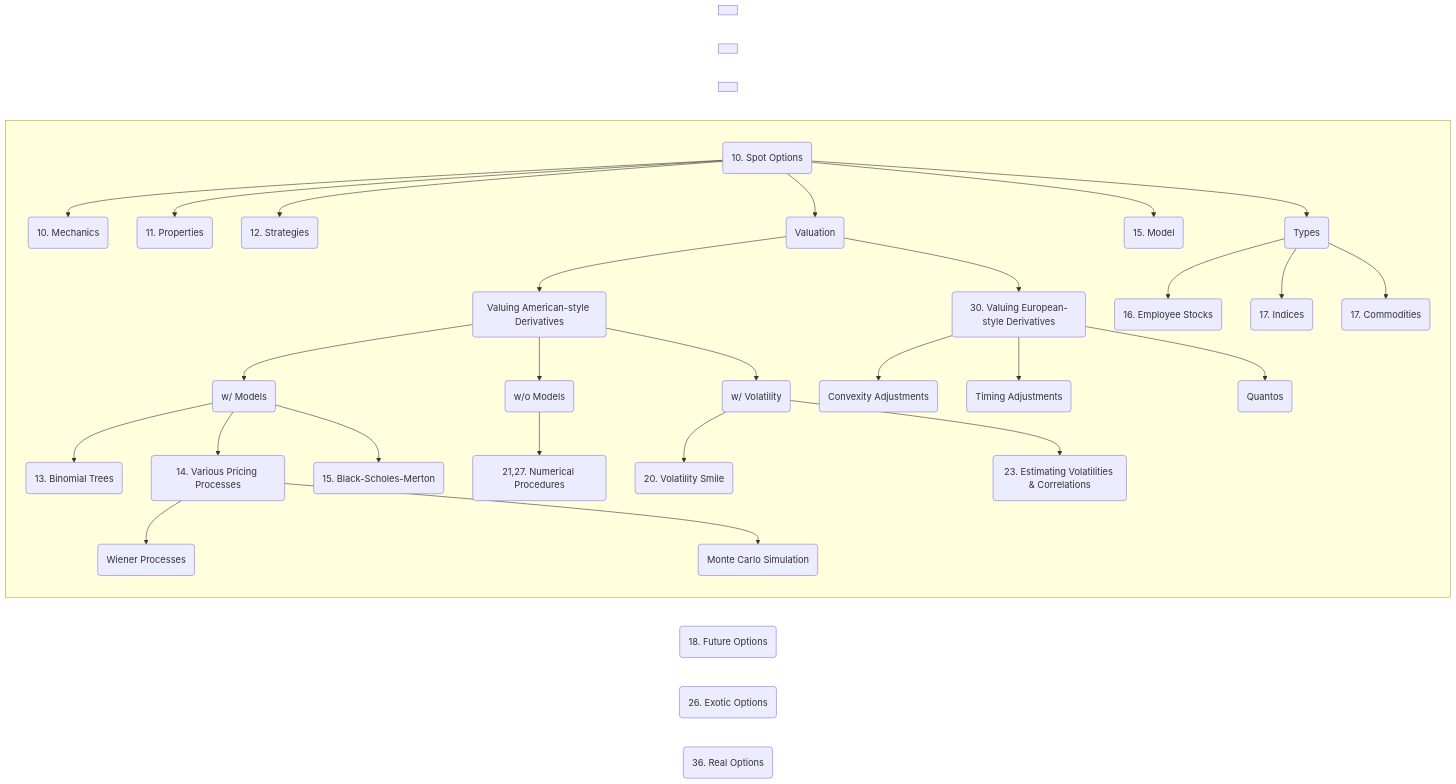
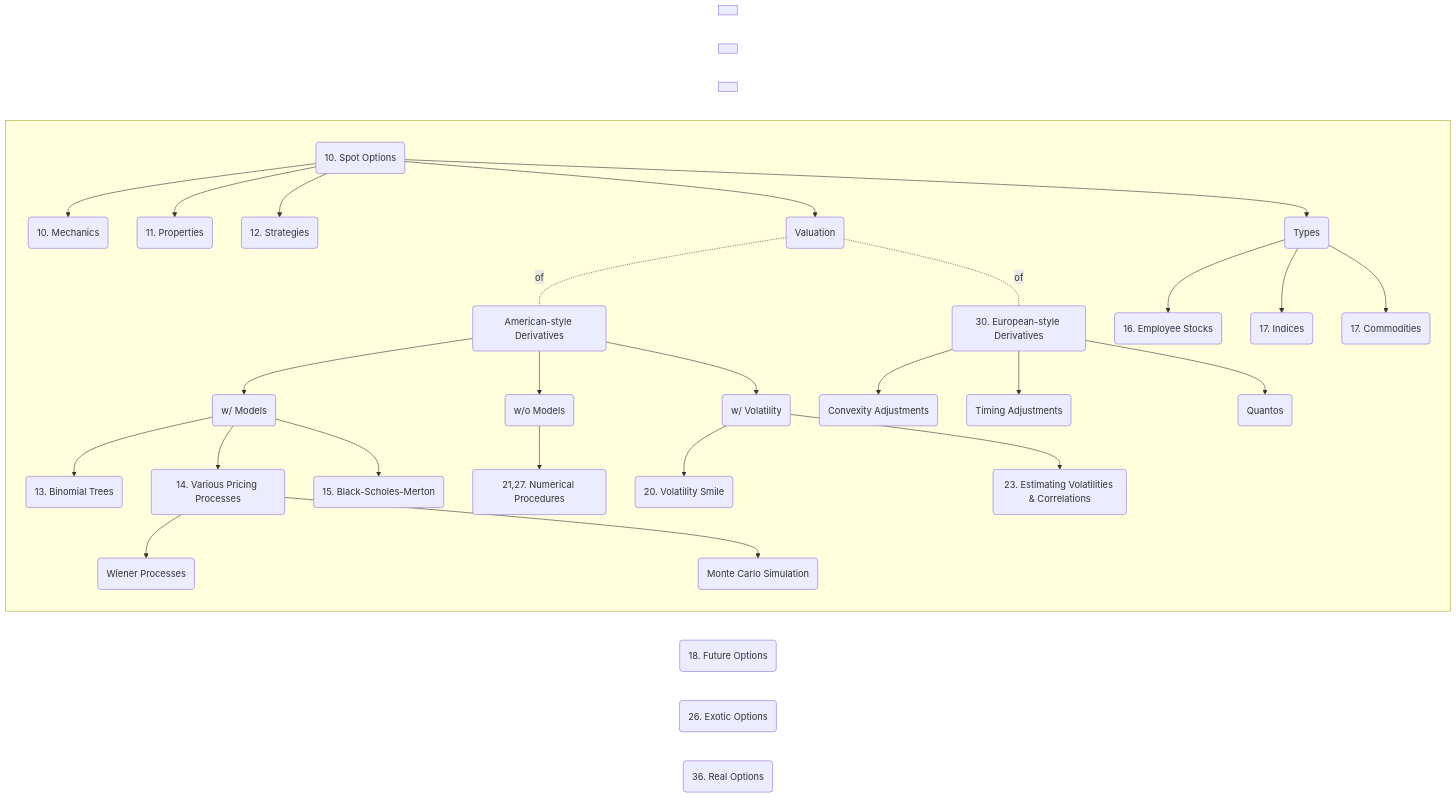
The third of 5 diagrams in moc/1_OptionsFuturesAndOtherDerivatives_SankarshanBasu_JohnHull_ed10_2018.md (govindthange/notes), drawn with Mermaid before and after one commit. The commit also changed other lines of this file, not shown here.

Commit message:
Fix chapter links in the mermaid graph

````diff
--- a/moc/1_OptionsFuturesAndOtherDerivatives_SankarshanBasu_JohnHull_ed10_2018.md
+++ b/moc/1_OptionsFuturesAndOtherDerivatives_SankarshanBasu_JohnHull_ed10_2018.md
@@ -62,43 +83,42 @@
 ```mermaid
 graph LR;
 	so(10. Spot Options)
 	subgraph " "
 		so-->so_me(10. Mechanics)
 		so-->so_p(11. Properties)
 		so-->so_s(12. Strategies)
 		so-->so_v(Valuation)
-		so_v-->sov_ad(Valuing American-style Derivatives)
+		so_v-.-|of|sov_ad(American-style Derivatives)
 			sov_ad-->sov_wtm(w/ Models)
 				sov_wtm-->sovwtm_bt(13. Binomial Trees)
 				sov_wtm-->sovwtm_pp(14. Various Pricing Processes)
 					sovwtm_pp-->sovwtm_wp(Wiener Processes)
 					sovwtm_pp-->sovwtm_mcs(Monte Carlo Simulation)
 				sov_wtm-->sovwtm_bsm(15. Black-Scholes-Merton)
 			sov_ad-->sov_wom(w/o Models)
 				sov_wom-->sovwom_bnp(21,27. Numerical Procedures)
 			sov_ad-->sovad_v(w/ Volatility)
 				sovad_v-->sovadv_vs(20. Volatility Smile)
 				sovad_v-->sovadv_ev(23. Estimating Volatilities & Correlations)
-		so_v-->sov_ed(30. Valuing European-style Derivatives)
+		so_v-.-|of|sov_ed(30. European-style Derivatives)
 			sov_ed-->soved_ca(Convexity Adjustments)
 			sov_ed-->soved_ta(Timing Adjustments)
 			sov_ed-->soved_q(Quantos)
-		so-->so_mo(15. Model)
 		so-->so_t(Types)
 		so_t-->sot_es(16. Employee Stocks)
 		so_t-->sot_i(17. Indices)
 		so_t-->sot_c(17. Commodities)
     end
 	
 	fo(18. Future Options)
 	subgraph " "
     end
 	
 	eo(26. Exotic Options)
 	subgraph " "
     end
 	
 	ro(36. Real Options)
 	subgraph " "
     end
 ```
````
